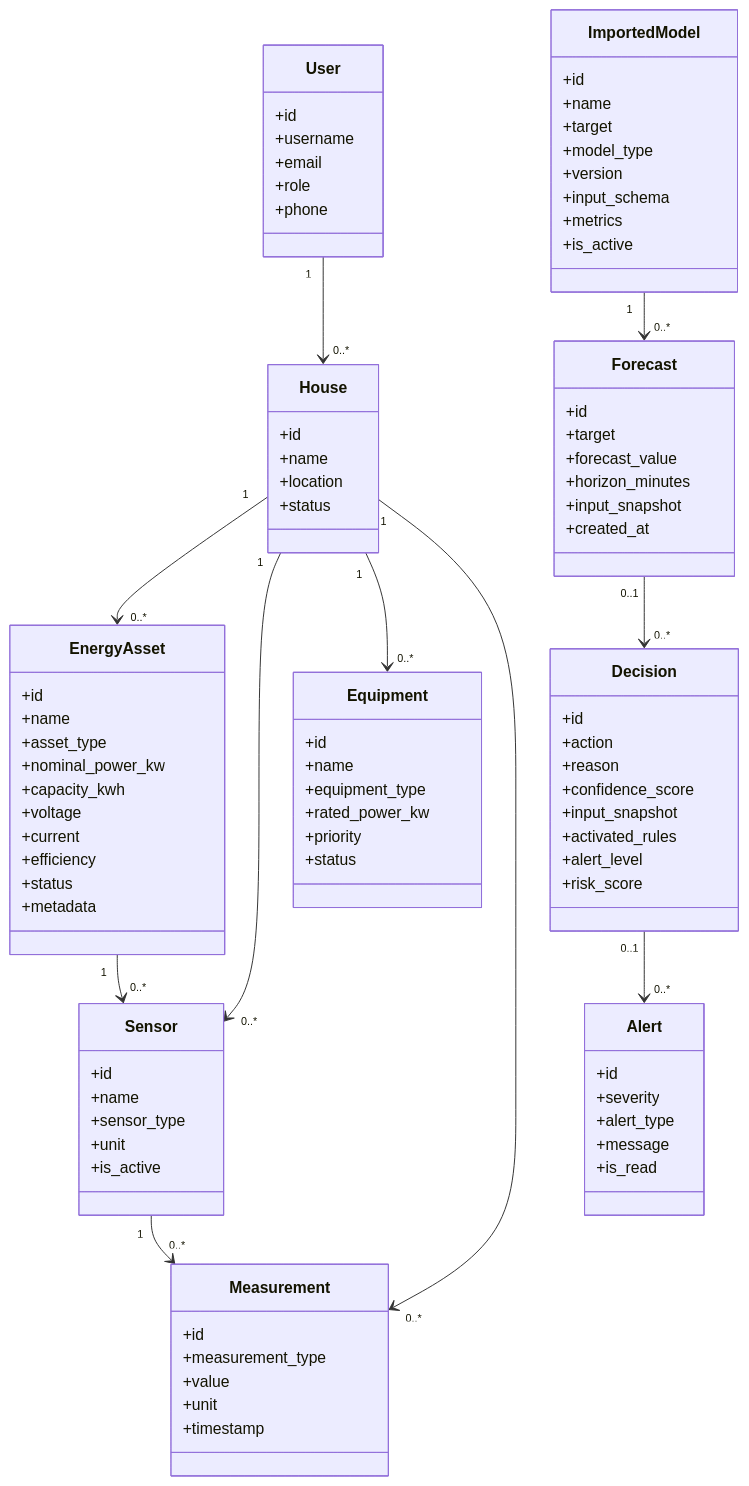
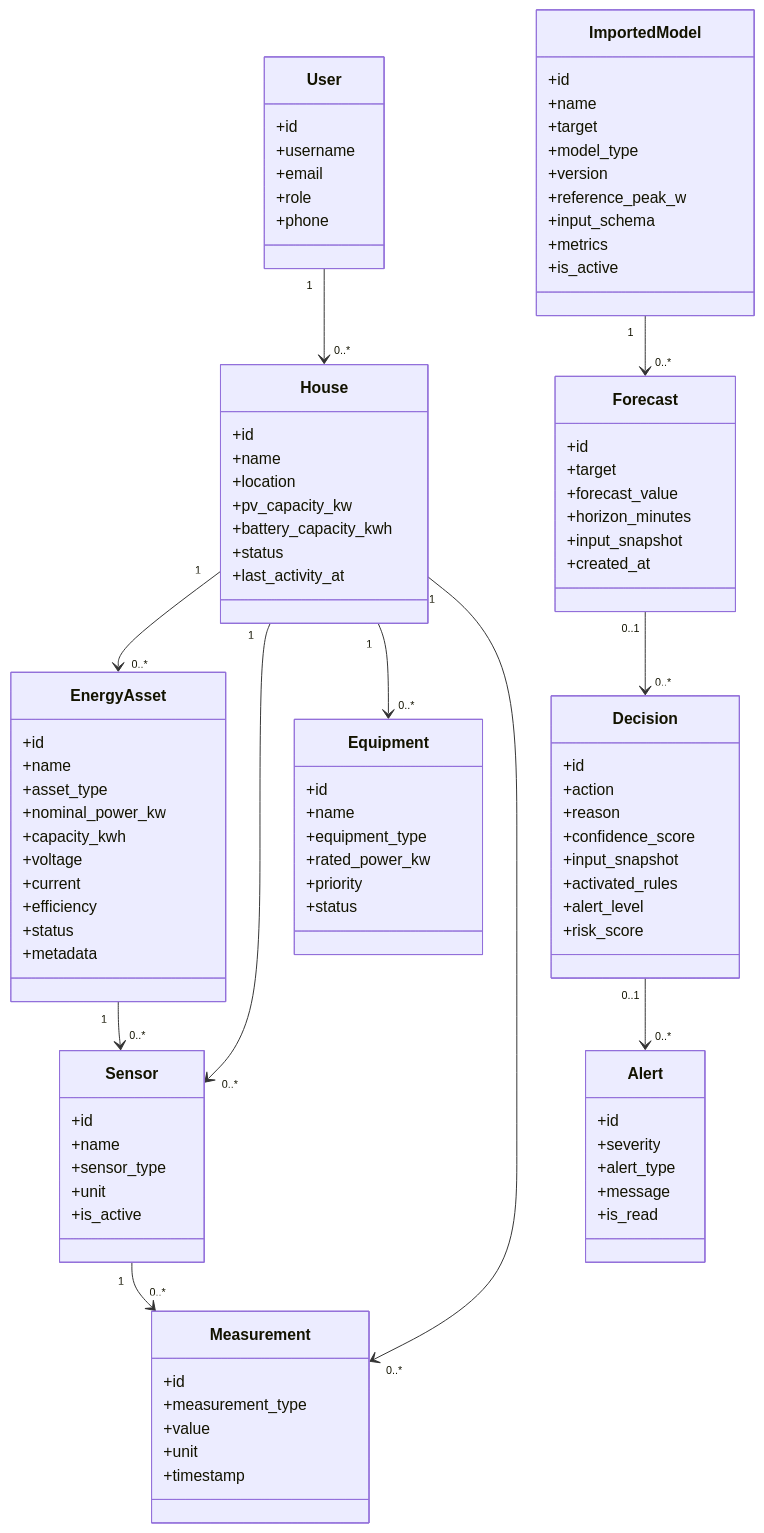
The second of 8 diagrams in docs/EMS_architecture_MCD_MLD_MPD_diagrammes.md (kevinManda17/energyMS), drawn with Mermaid before and after one commit. The commit also changed other lines of this file and 7 other files, not shown here.

```diff
--- a/docs/EMS_architecture_MCD_MLD_MPD_diagrammes.md
+++ b/docs/EMS_architecture_MCD_MLD_MPD_diagrammes.md
@@ -516,7 +535,10 @@
         +id
         +name
         +location
+        +pv_capacity_kw
+        +battery_capacity_kwh
         +status
+        +last_activity_at
     }
 
     class EnergyAsset {
@@ -563,6 +585,7 @@
         +target
         +model_type
         +version
+        +reference_peak_w
         +input_schema
         +metrics
         +is_active
```
